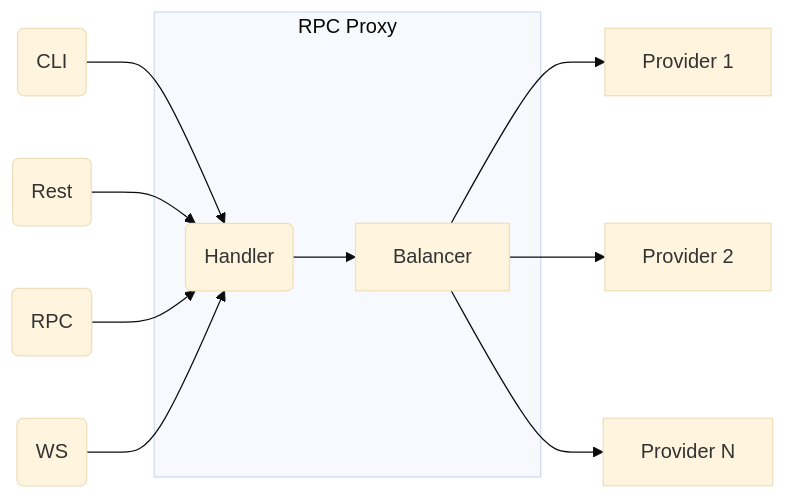
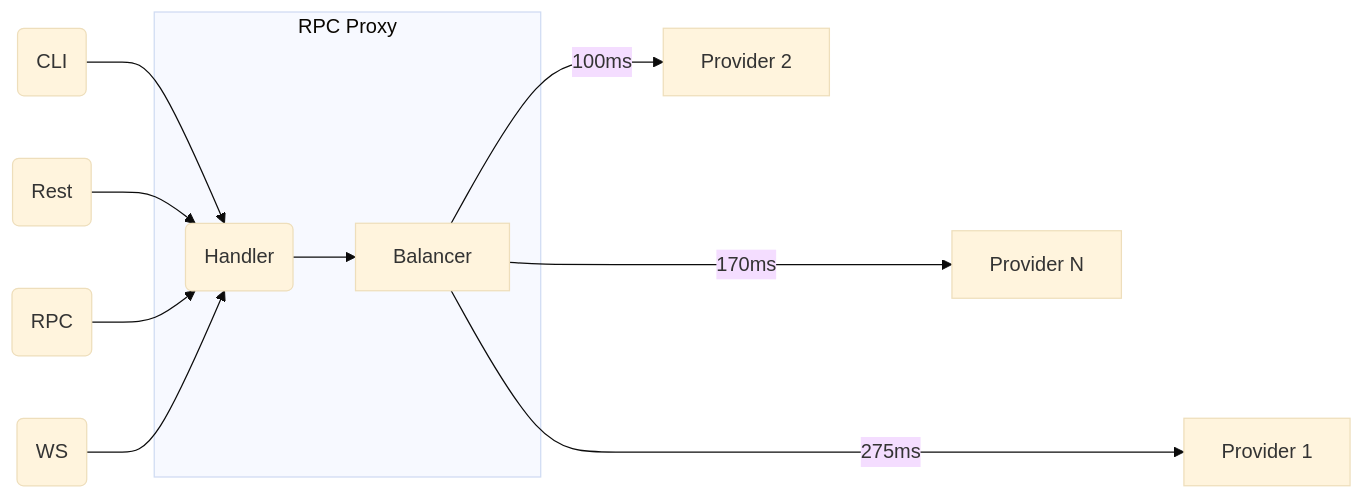
Before and after one commit to rpc-ag/rpc-aggregator: the diagram in README.md, drawn with Mermaid (base theme).

Commit message:
updat flow

````diff
--- a/README.md
+++ b/README.md
@@ -13,13 +13,14 @@
 ```mermaid
 flowchart LR 
     CC(CLI) --> RPCProxy
     RC(Rest) --> RPCProxy
     RPCC(RPC) --> RPCProxy
     WSC(WS) --> RPCProxy
     subgraph RPC Proxy
       RPCProxy(Handler) --> Balancer
     end
-    Balancer --> AS1[Provider 1] 
-    Balancer -->  AS2[Provider 2] 
-    Balancer --> ASN[Provider N]
+    Balancer ---->|275ms| AS1[Provider 1] 
+    Balancer -->|100ms| AS2[Provider 2] 
+    Balancer --->|170ms| ASN[Provider N]
+
 ```
````
